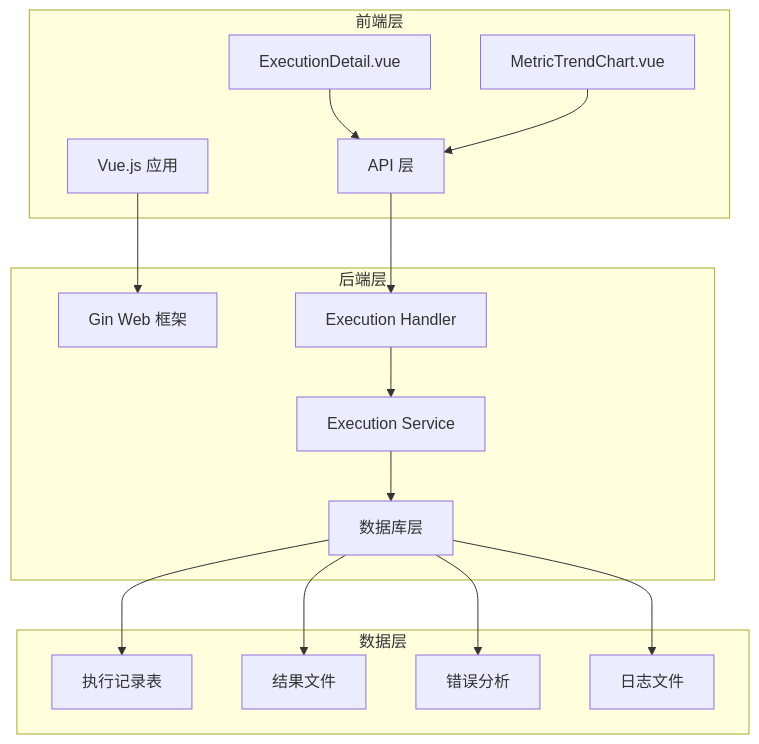
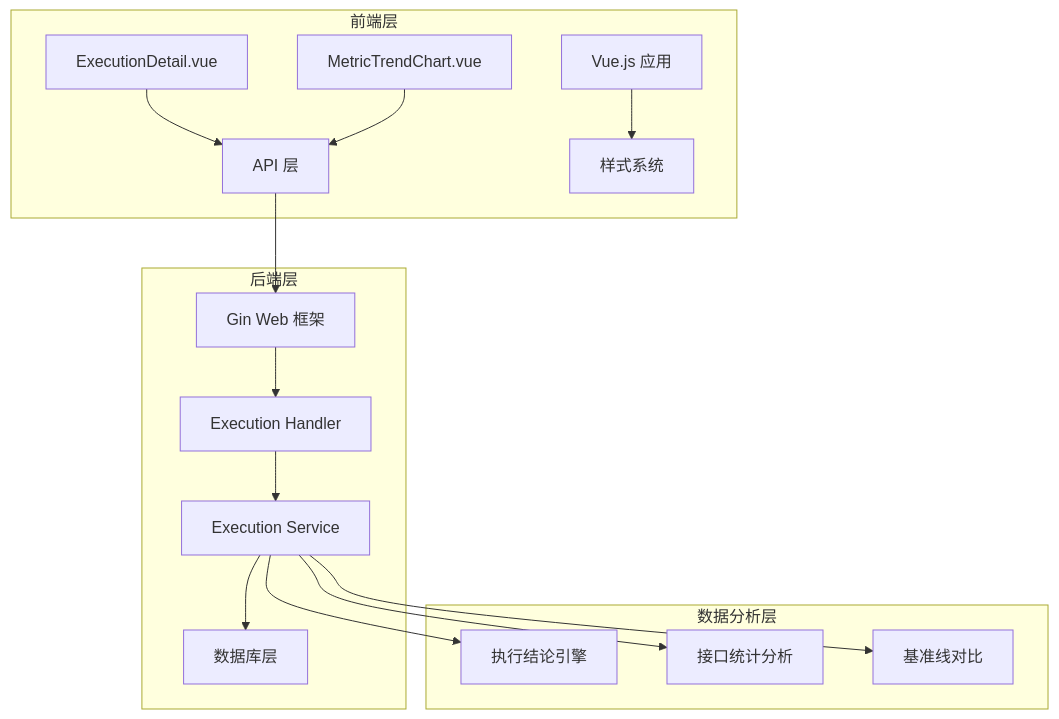
One commit to Liyuhao02/Jmeter-Admin changed the first of 23 diagrams in .qoder/repowiki/zh/content/Execution Detail View.md. Above: the diagram before and after it, drawn with Mermaid. The commit also changed other lines of this file and 13 other files, not shown here.

````diff
--- a/.qoder/repowiki/zh/content/Execution Detail View.md
+++ b/.qoder/repowiki/zh/content/Execution Detail View.md
@@ -39,31 +50,31 @@
 ```mermaid
 graph TB
 subgraph "前端层"
 A[Vue.js 应用]
 B[ExecutionDetail.vue]
 C[MetricTrendChart.vue]
 D[API 层]
+E[样式系统]
 end
 subgraph "后端层"
-E[Gin Web 框架]
-F[Execution Handler]
-G[Execution Service]
-H[数据库层]
+F[Gin Web 框架]
+G[Execution Handler]
+H[Execution Service]
+I[数据库层]
 end
-subgraph "数据层"
-I[执行记录表]
-J[结果文件]
-K[错误分析]
-L[日志文件]
+subgraph "数据分析层"
+J[执行结论引擎]
+K[接口统计分析]
+L[基准线对比]
 end
 A --> E
 B --> D
 C --> D
 D --> F
 F --> G
 G --> H
 H --> I
 H --> J
 H --> K
 H --> L
 ```
````
